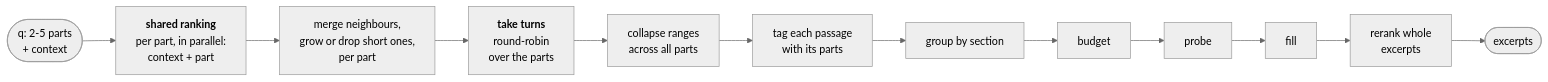
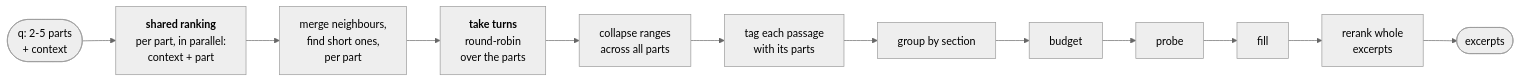
One commit to haskian/haskie changed the third of 3 diagrams in docs/search.md. Above: the diagram before and after it, drawn with Mermaid (neutral theme). The commit also changed other lines of this file and 74 other files, not shown here.

````diff
--- a/docs/search.md
+++ b/docs/search.md
@@ -425,9 +483,9 @@
 ```mermaid
 flowchart LR
     asked(["q: 2-5 parts<br/>+ context"]) --> each["<b>shared ranking</b><br/>per part, in parallel:<br/>context + part"]
-    each --> ranges["merge neighbours,<br/>grow or drop short ones,<br/>per part"]
+    each --> ranges["merge neighbours,<br/>find short ones,<br/>per part"]
     ranges --> turns["<b>take turns</b><br/>round-robin<br/>over the parts"]
     turns --> fold["collapse ranges<br/>across all parts"]
     fold --> tag["tag each passage<br/>with its parts"]
     tag --> group["group by section"] --> budget["budget"] --> probe["probe"] --> fill["fill"] --> rerankx["rerank whole<br/>excerpts"] --> excerpts(["excerpts"])
 ```
````
